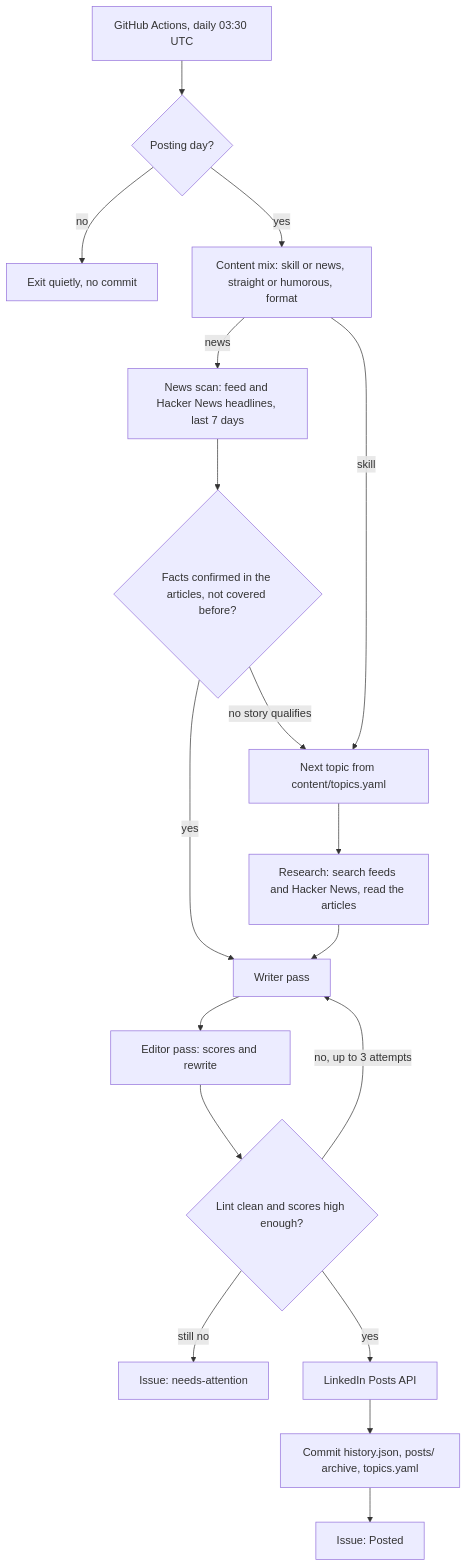
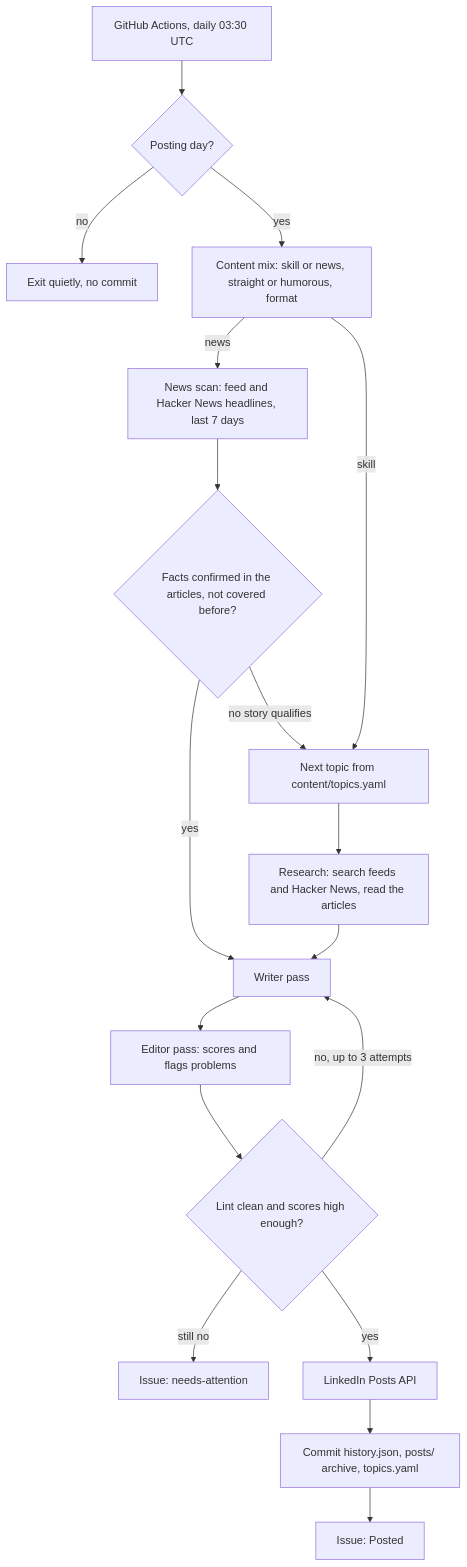
Before and after one commit to DragPhoenixOG/linkedin-ai-series-agent: the diagram in README.md, drawn with Mermaid. The commit also changed other lines of this file and 10 other files, not shown here.

````diff
--- a/README.md
+++ b/README.md
@@ -35,20 +36,20 @@
 ```mermaid
 flowchart TD
     cron["GitHub Actions, daily 03:30 UTC"] --> sched{"Posting day?"}
     sched -- "no" --> skip["Exit quietly, no commit"]
     sched -- "yes" --> mix["Content mix: skill or news, straight or humorous, format"]
     mix -- "news" --> scan["News scan: feed and Hacker News headlines, last 7 days"]
     scan --> verify{"Facts confirmed in the articles, not covered before?"}
     verify -- "no story qualifies" --> topic
     verify -- "yes" --> write
     mix -- "skill" --> topic["Next topic from content/topics.yaml"]
     topic --> research["Research: search feeds and Hacker News, read the articles"]
     research --> write["Writer pass"]
-    write --> edit["Editor pass: scores and rewrite"]
+    write --> edit["Editor pass: scores and flags problems"]
     edit --> lint{"Lint clean and scores high enough?"}
     lint -- "no, up to 3 attempts" --> write
     lint -- "still no" --> fail["Issue: needs-attention"]
     lint -- "yes" --> publish["LinkedIn Posts API"]
     publish --> record["Commit history.json, posts/ archive, topics.yaml"]
     record --> posted["Issue: Posted"]
 ```
````
